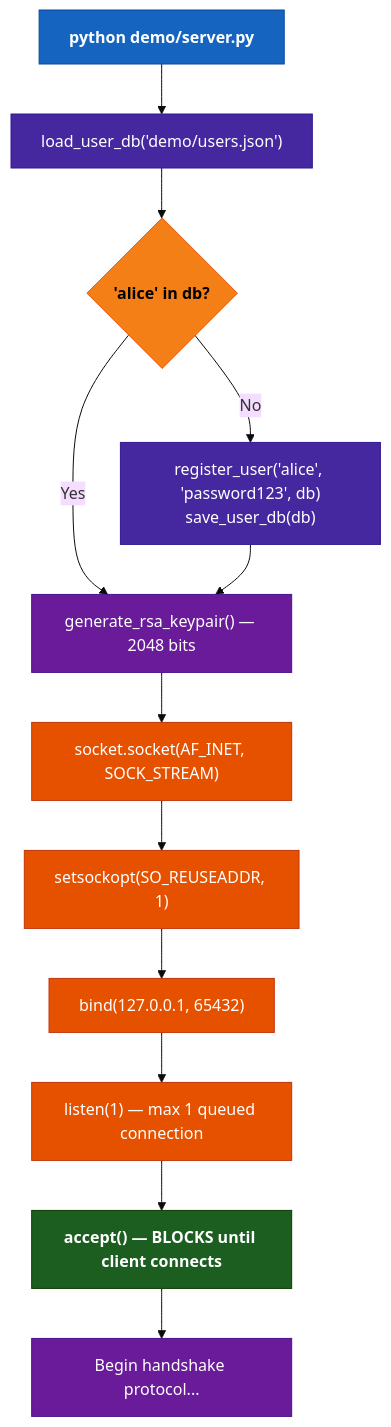
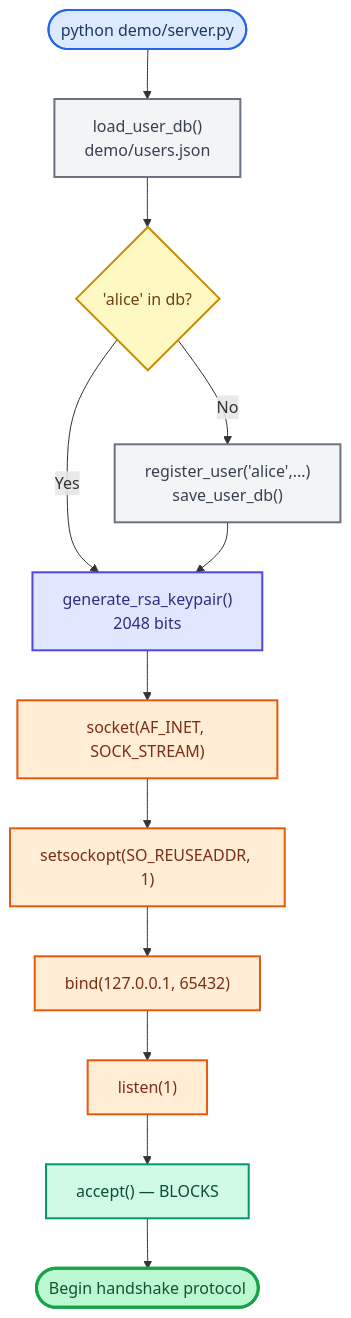
One commit to HeshamAfandi/Secure-Communication-System changed diagram 12 of 14 in PROJECT_DOCUMENTATION.md. Above: the diagram before and after it, drawn with Mermaid. The commit also changed other lines of this file, not shown here.

````diff
--- a/PROJECT_DOCUMENTATION.md
+++ b/PROJECT_DOCUMENTATION.md
@@ -954,22 +1035,32 @@
 ```mermaid
-%%{init: {'theme': 'base'}}%%
 flowchart TD
-    classDef start    fill:#1565C0,stroke:#0D47A1,color:#FFFFFF,font-weight:bold
-    classDef dbOp     fill:#4527A0,stroke:#311B92,color:#FFFFFF
-    classDef decision fill:#F57F17,stroke:#E65100,color:#000000,font-weight:bold
-    classDef crypto   fill:#6A1B9A,stroke:#4A148C,color:#FFFFFF
-    classDef network  fill:#E65100,stroke:#BF360C,color:#FFFFFF
-    classDef block    fill:#1B5E20,stroke:#0D3B00,color:#FFFFFF,font-weight:bold
+    S1(["python demo/server.py"])
+    S2["load_user_db()<br/>demo/users.json"]
+    S3{"'alice' in db?"}
+    S4["register_user('alice',...)<br/>save_user_db()"]
+    S5["generate_rsa_keypair()<br/>2048 bits"]
+    S6["socket(AF_INET, SOCK_STREAM)"]
+    S7["setsockopt(SO_REUSEADDR, 1)"]
+    S8["bind(127.0.0.1, 65432)"]
+    S9["listen(1)"]
+    S10["accept() — BLOCKS"]
+    S11(["Begin handshake protocol"])
 
-    S1["python demo/server.py"]:::start --> S2["load_user_db('demo/users.json')"]:::dbOp
-    S2 --> S3{"'alice' in db?"}:::decision
-    S3 -->|No| S4["register_user('alice', 'password123', db)<br/>save_user_db(db)"]:::dbOp
+    S1 --> S2 --> S3
+    S3 -->|No| S4
     S3 -->|Yes| S5
-    S4 --> S5["generate_rsa_keypair() — 2048 bits"]:::crypto
-    S5 --> S6["socket.socket(AF_INET, SOCK_STREAM)"]:::network
-    S6 --> S7["setsockopt(SO_REUSEADDR, 1)"]:::network
-    S7 --> S8["bind(127.0.0.1, 65432)"]:::network
-    S8 --> S9["listen(1) — max 1 queued connection"]:::network
-    S9 --> S10["accept() — BLOCKS until client connects"]:::block
-    S10 --> S11["Begin handshake protocol..."]:::crypto
+    S4 --> S5
+    S5 --> S6 --> S7 --> S8 --> S9 --> S10 --> S11
+
+    style S1  fill:#dbeafe,stroke:#2563eb,stroke-width:2px,color:#1e3a5f
+    style S2  fill:#f3f4f6,stroke:#6b7280,stroke-width:2px,color:#374151
+    style S3  fill:#fef9c3,stroke:#ca8a04,stroke-width:2px,color:#713f12
+    style S4  fill:#f3f4f6,stroke:#6b7280,stroke-width:2px,color:#374151
+    style S5  fill:#e0e7ff,stroke:#4f46e5,stroke-width:2px,color:#312e81
+    style S6  fill:#ffedd5,stroke:#ea580c,stroke-width:2px,color:#7c2d12
+    style S7  fill:#ffedd5,stroke:#ea580c,stroke-width:2px,color:#7c2d12
+    style S8  fill:#ffedd5,stroke:#ea580c,stroke-width:2px,color:#7c2d12
+    style S9  fill:#ffedd5,stroke:#ea580c,stroke-width:2px,color:#7c2d12
+    style S10 fill:#d1fae5,stroke:#059669,stroke-width:2px,color:#064e3b
+    style S11 fill:#bbf7d0,stroke:#16a34a,stroke-width:3px,color:#14532d
 ```
````
